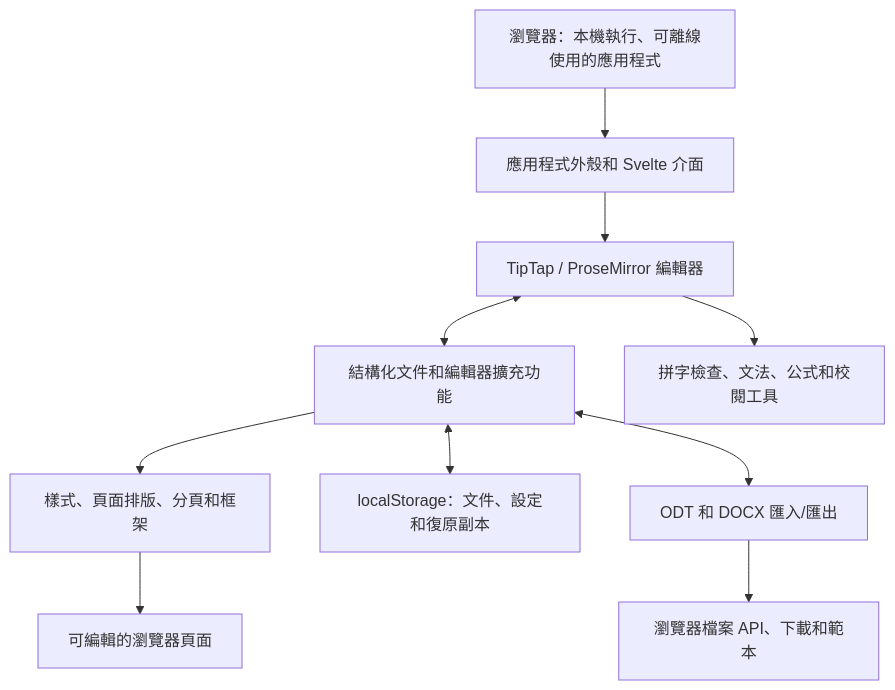
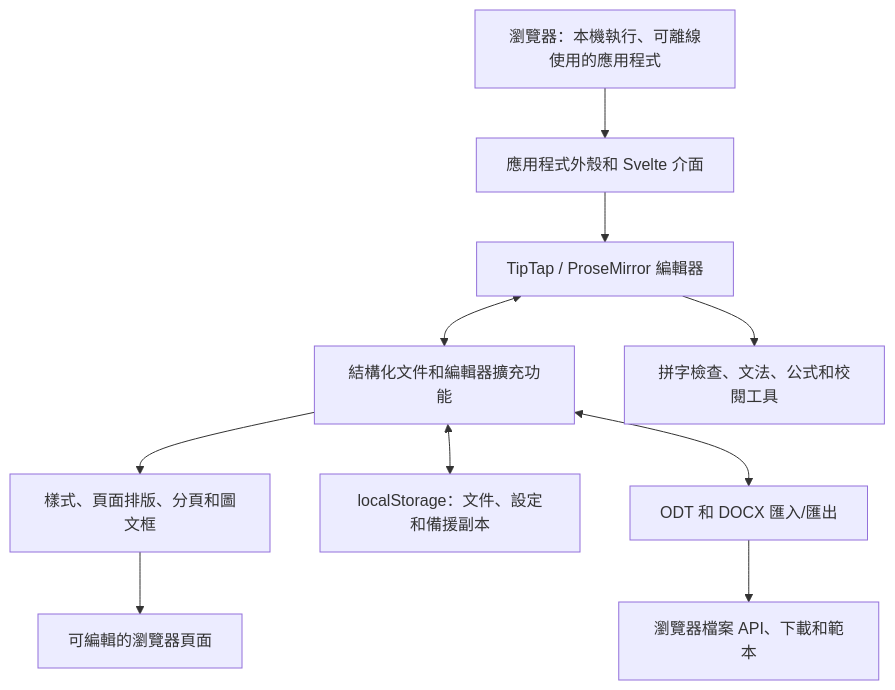
Before and after one commit to stffnb/edentext: the diagram in docs/readme/README.zh-TW.md, drawn with Mermaid. The commit also changed other lines of this file and 21 other files, not shown here.

````diff
--- a/docs/readme/README.zh-TW.md
+++ b/docs/readme/README.zh-TW.md
@@ -159,12 +159,12 @@
 ```mermaid
 flowchart TD
   Browser[瀏覽器：本機執行、可離線使用的應用程式] --> App[應用程式外殼和 Svelte 介面]
   App --> Editor[TipTap / ProseMirror 編輯器]
   Editor <--> Document[結構化文件和編輯器擴充功能]
-  Document --> Layout[樣式、頁面排版、分頁和框架]
-  Document <--> Storage[localStorage：文件、設定和復原副本]
+  Document --> Layout[樣式、頁面排版、分頁和圖文框]
+  Document <--> Storage[localStorage：文件、設定和備援副本]
   Document <--> Interchange[ODT 和 DOCX 匯入/匯出]
   Interchange --> Files[瀏覽器檔案 API、下載和範本]
   Editor --> Tools[拼字檢查、文法、公式和校閱工具]
   Layout --> Render[可編輯的瀏覽器頁面]
 ```
````
